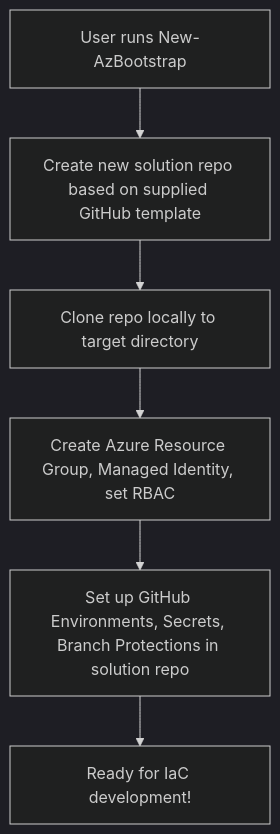
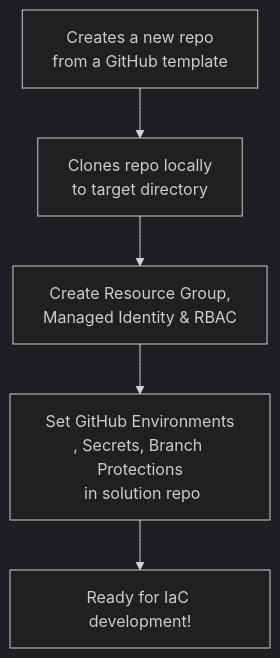
One commit to kewalaka/az-bootstrap changed the diagram in README.md. Above: the diagram before and after it, drawn with Mermaid (dark theme). The commit also changed other lines of this file, not shown here.

````diff
--- a/README.md
+++ b/README.md
@@ -22,8 +9,7 @@
 ```mermaid
 flowchart TD
-    A[User runs New-AzBootstrap] --> B[Create new solution repo based on supplied GitHub template]
-    B --> C[Clone repo locally to target directory]
-    C --> D[Create Azure Resource Group, Managed Identity, set RBAC]
-    D --> E[Set up GitHub Environments, Secrets, Branch Protections in solution repo]
-    E --> F[Ready for IaC development!]
+    A[Creates a new repo <br/> from a GitHub template] --> B[Clones repo locally <br/>to target directory]
+    B --> C[Create Resource Group, <br/> Managed Identity & RBAC]
+    C --> D[Set GitHub Environments<br/>, Secrets, Branch Protections<br/> in solution repo]
+    D --> E[Ready for IaC development!]
 ```
````
